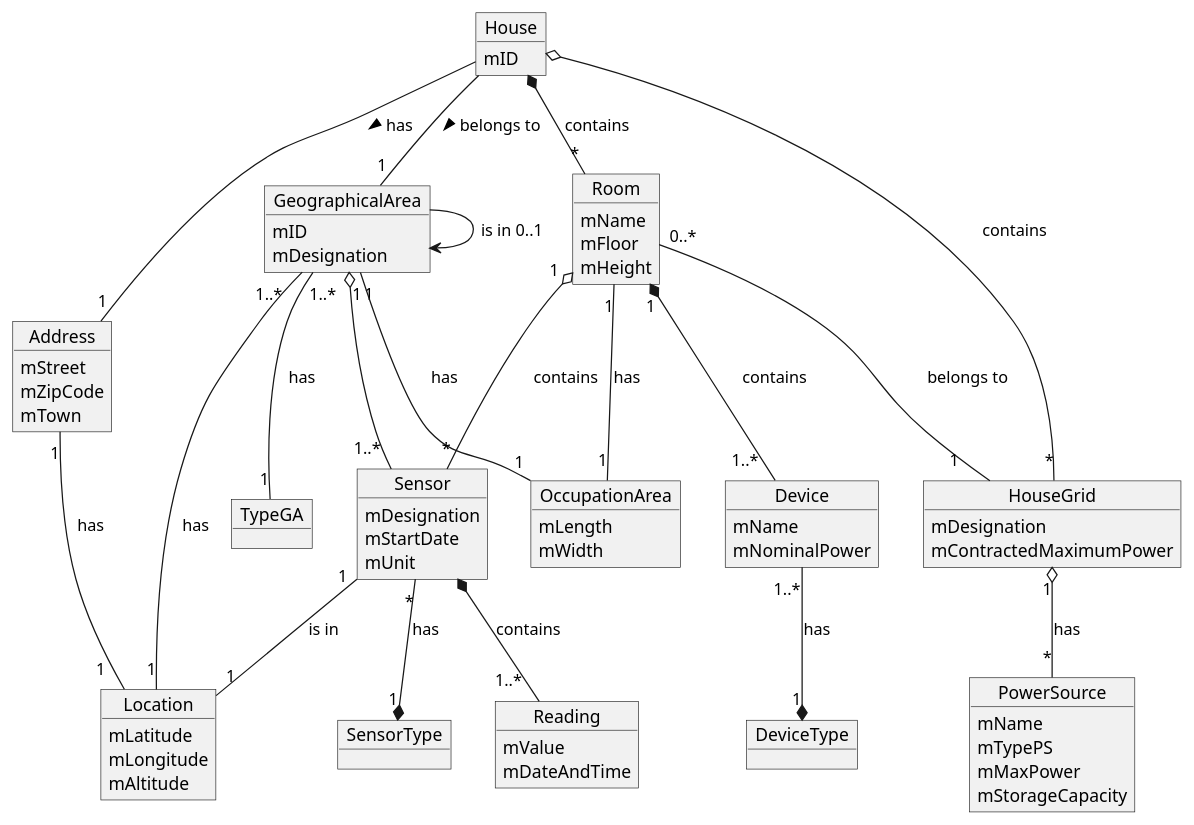
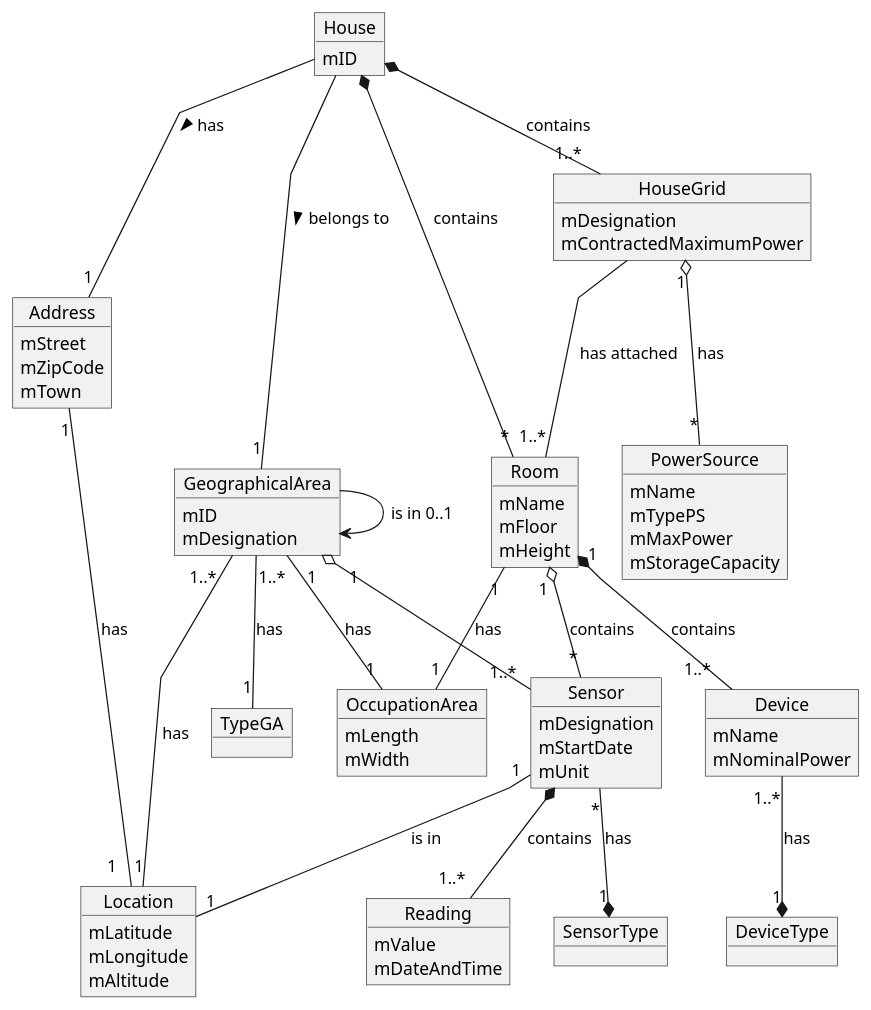
One commit to emanuel-pereira/hou changed the diagram in src/main/java/smarthome/uml/DomainModel.puml. Above: the diagram before and after it, drawn with PlantUML.

Commit message:
Update Domain Model because of Rearrange HouseGrid Addresses#62

```diff
--- a/src/main/java/smarthome/uml/DomainModel.puml
+++ b/src/main/java/smarthome/uml/DomainModel.puml
@@ -1,102 +1,103 @@
 @startuml
+skinparam linetype polyline
 
 object House{
 mID
 }
 
 object Address {
 mStreet
 mZipCode
 mTown
 }
 
 object GeographicalArea{
 mID
 mDesignation
 }
 
 object Location{
 mLatitude
 mLongitude
 mAltitude
 }
 
 object TypeGA
 
 
 object OccupationArea{
 mLength
 mWidth
 }
 
 
 object Room{
 mName
 mFloor
 mHeight
 }
 
 
 object Sensor{
 mDesignation
 mStartDate
 mUnit
 }
 
 object SensorType
 
 object HouseGrid {
 mDesignation
 mContractedMaximumPower
 }
 
 object Reading{
 mValue
 mDateAndTime
 }
 
 object Device {
 mName
 mNominalPower
 }
 
 object DeviceType
 
 object PowerSource{
 mName
 mTypePS
 mMaxPower
 mStorageCapacity
 }
 
 
 House -- "1" GeographicalArea: > belongs to
 House -- "1" Address: has >
+House *-- "1..*" HouseGrid: contains
+HouseGrid -- "1..*" Room: has attached
 House *-- "*" Room: contains
-House o-- "*" HouseGrid: contains
 
 Address "1" -- "1   " Location: has
 
 GeographicalArea ->  GeographicalArea: is in 0..1
 GeographicalArea "1..*"-- "1" TypeGA: has
 GeographicalArea"   1" o-- "1..* " Sensor
 GeographicalArea "   1"-- "    1" OccupationArea: has
 GeographicalArea "1..*  "-- "1" Location: has
 
 Room "1 " o-- "*" Sensor: contains
 Room "1"*-- "1..*  "Device: contains
-Room "0..*"-- "1    " HouseGrid: belongs to
 Room "1"-- "1" OccupationArea: has
 
 
 Sensor *-- "1..*  "Reading: contains
 Sensor "*" --* "1" SensorType: has
 Sensor "1" -- "1" Location: is in
 
 HouseGrid "1" o--  "*" PowerSource: has
 
 Device "1..*" --* "1" DeviceType: has
 
 
 
 @enduml
```
